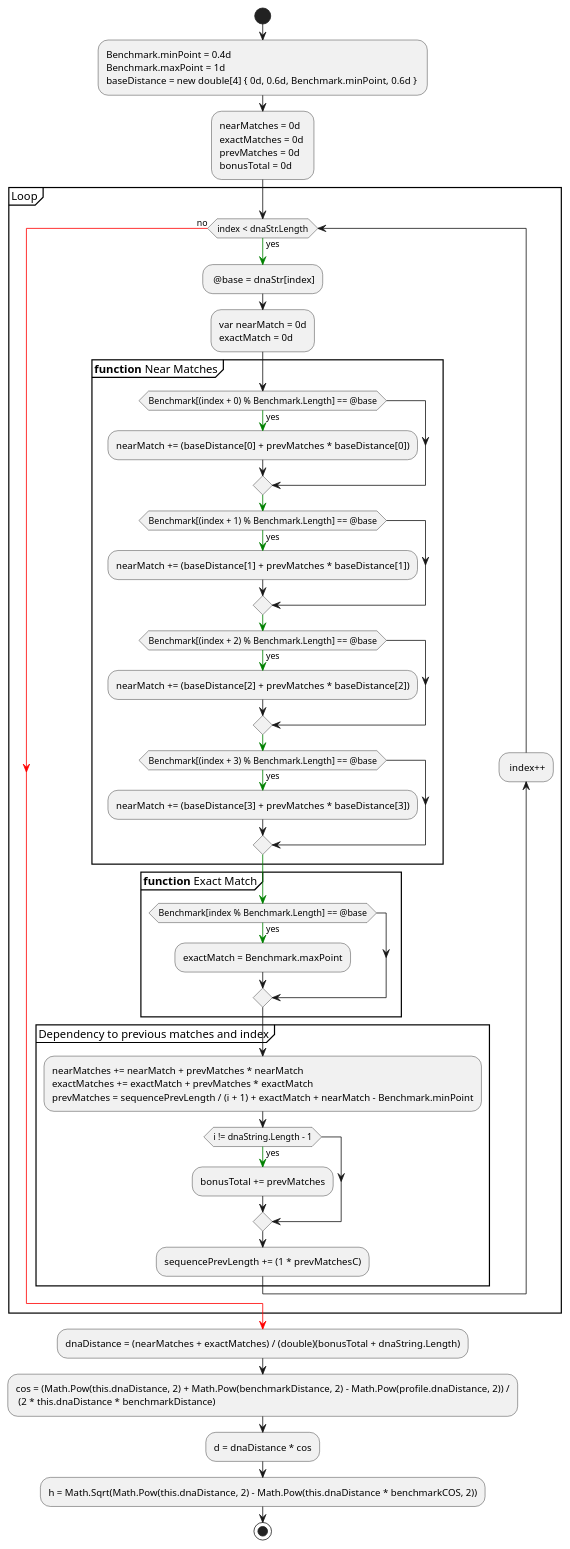
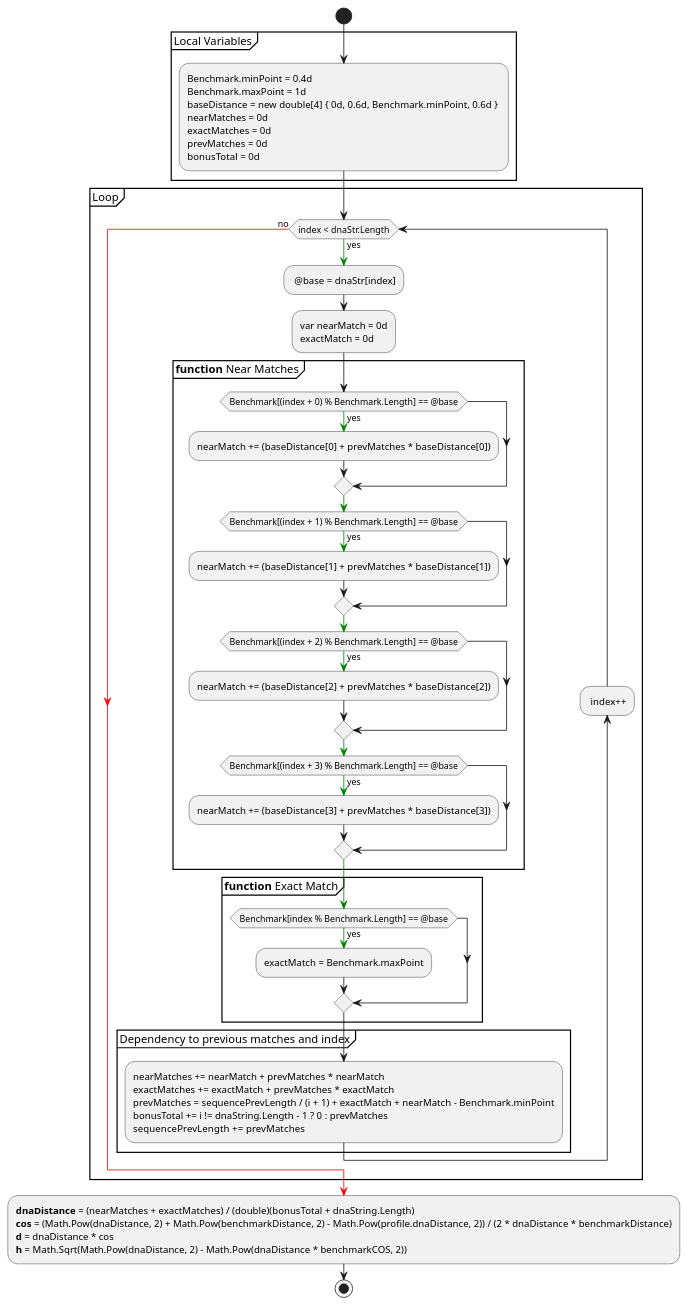
One commit to HristoS/CATSequenceAnalysis changed the diagram in README.md. Above: the diagram before and after it, drawn with PlantUML. The commit also changed other lines of this file and 2 other files, not shown here.

````diff
--- a/README.md
+++ b/README.md
@@ -4,72 +43,72 @@
 ```plantuml
 @startuml
+skinparam classFontSize 25
+skinparam classFontColor red
+
 start
+partition "Local Variables"{
 :Benchmark.minPoint = 0.4d
 Benchmark.maxPoint = 1d
-baseDistance = new double[4] { 0d, 0.6d, Benchmark.minPoint, 0.6d } ;
-:nearMatches = 0d
+baseDistance = new double[4] { 0d, 0.6d, Benchmark.minPoint, 0.6d } 
+nearMatches = 0d
 exactMatches = 0d 
 prevMatches = 0d  
 bonusTotal = 0d ;
+}
 partition "Loop"{
 while (index < dnaStr.Length) is (yes)
 -[#green]->
 : @base = dnaStr[index];
 :var nearMatch = 0d 
 exactMatch = 0d;
 partition "**function** Near Matches" {
     if(Benchmark[(index + 0) % Benchmark.Length] == @base) then (yes)
     -[#green]->
         :nearMatch += (baseDistance[0] + prevMatches * baseDistance[0]);
     endif 
     -[#green]->
     if(Benchmark[(index + 1) % Benchmark.Length] == @base) then (yes)
     -[#green]->
         :nearMatch += (baseDistance[1] + prevMatches * baseDistance[1]);
     endif
     -[#green]->
     if(Benchmark[(index + 2) % Benchmark.Length] == @base) then (yes)
     -[#green]->
         :nearMatch += (baseDistance[2] + prevMatches * baseDistance[2]);
     endif
     -[#green]->
     if(Benchmark[(index + 3) % Benchmark.Length] == @base) then (yes)
     -[#green]->
         :nearMatch += (baseDistance[3] + prevMatches * baseDistance[3]);
     endif
     -[#green]->
 }
 
 partition "**function** Exact Match" {
 
     if(Benchmark[index % Benchmark.Length] == @base) then (yes)
     -[#green]->
         :exactMatch = Benchmark.maxPoint;
     endif
 }
 
 partition "Dependency to previous matches and index" {
 :nearMatches += nearMatch + prevMatches * nearMatch 
 exactMatches += exactMatch + prevMatches * exactMatch 
-prevMatches = sequencePrevLength / (i + 1) + exactMatch + nearMatch - Benchmark.minPoint;
-
-if(i != dnaString.Length - 1) then (yes)
--[#green]->
-:bonusTotal += prevMatches;
-endif
-
-:sequencePrevLength += (1 * prevMatchesC);
+prevMatches = sequencePrevLength / (i + 1) + exactMatch + nearMatch - Benchmark.minPoint
+bonusTotal += i != dnaString.Length - 1 ? 0 : prevMatches
+sequencePrevLength +=  prevMatches;
 }
 
 backward: index++;
 
 endwhile (no)
 -[#red]->
 }
-:dnaDistance = (nearMatches + exactMatches) / (double)(bonusTotal + dnaString.Length);
-:cos = (Math.Pow(this.dnaDistance, 2) + Math.Pow(benchmarkDistance, 2) - Math.Pow(profile.dnaDistance, 2)) /\n (2 * this.dnaDistance * benchmarkDistance);
-:d = dnaDistance * cos;
-:h = Math.Sqrt(Math.Pow(this.dnaDistance, 2) - Math.Pow(this.dnaDistance * benchmarkCOS, 2));
+:**dnaDistance** = (nearMatches + exactMatches) / (double)(bonusTotal + dnaString.Length)
+**cos** = (Math.Pow(dnaDistance, 2) + Math.Pow(benchmarkDistance, 2) - Math.Pow(profile.dnaDistance, 2)) / (2 * dnaDistance * benchmarkDistance)
+**d** = dnaDistance * cos
+**h** = Math.Sqrt(Math.Pow(dnaDistance, 2) - Math.Pow(dnaDistance * benchmarkCOS, 2));
 stop
 @enduml
 ```
````
